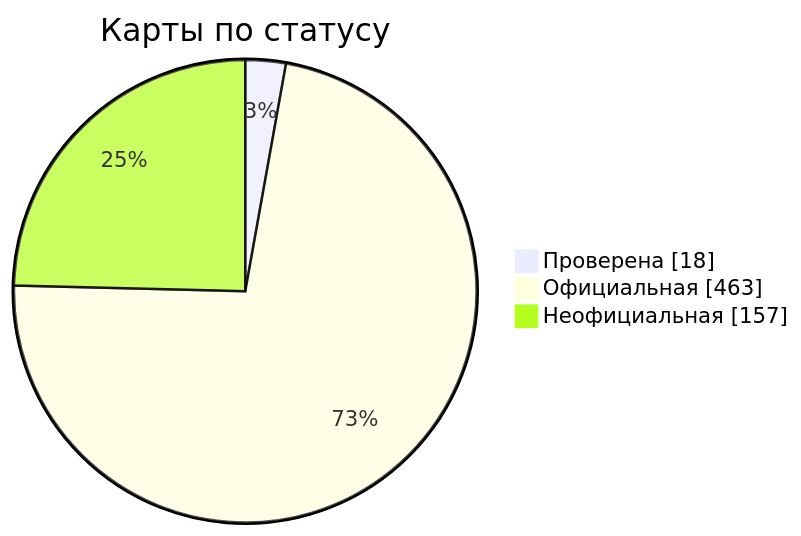
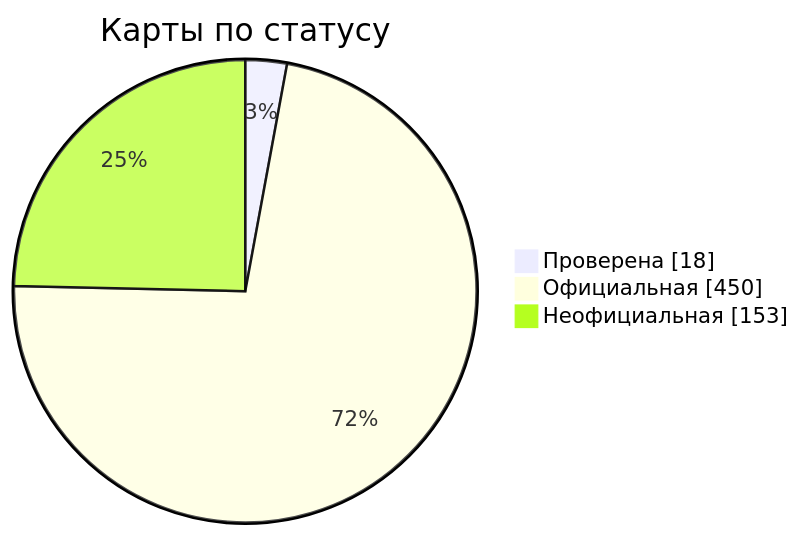
The diagram in docs/readme/README_RU.md (nobrega8/mbmap-library), drawn with Mermaid before and after one commit. The commit also changed 47 other files, not shown here.

````diff
--- a/docs/readme/README_RU.md
+++ b/docs/readme/README_RU.md
@@ -54,7 +54,7 @@
 ```mermaid
 pie showData
     title Карты по статусу
     "Проверена" : 18
-    "Официальная" : 463
-    "Неофициальная" : 157
+    "Официальная" : 450
+    "Неофициальная" : 153
 ```
````
